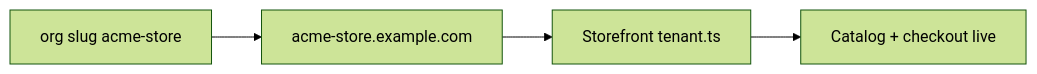
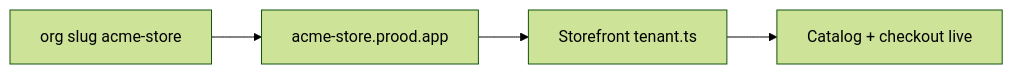
The second of 2 diagrams in apps/docs/content/docs/guides/merchant-onboarding.mdx (rodrigobarona/commerce.js-nextjs-clone), drawn with Mermaid (forest theme) before and after one commit. The commit also changed other lines of this file and 74 other files, not shown here.

First line of the commit message:
Docs & web: mermaid viewer, icons, content updates

````diff
--- a/apps/docs/content/docs/guides/merchant-onboarding.mdx
+++ b/apps/docs/content/docs/guides/merchant-onboarding.mdx
@@ -96,6 +96,6 @@
 ```mermaid
 flowchart LR
-  SLUG[org slug acme-store] --> HOST["acme-store.example.com"]
+  SLUG[org slug acme-store] --> HOST["acme-store.prood.app"]
   HOST --> SF[Storefront tenant.ts]
   SF --> LIVE[Catalog + checkout live]
 ```
````
